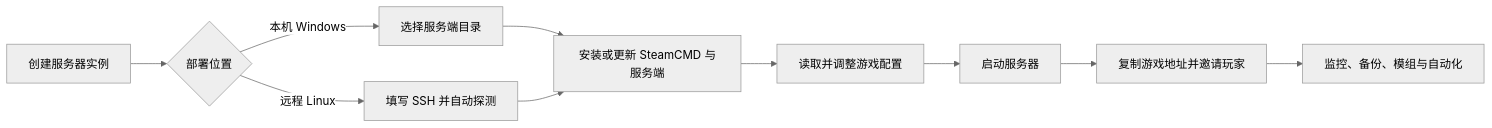
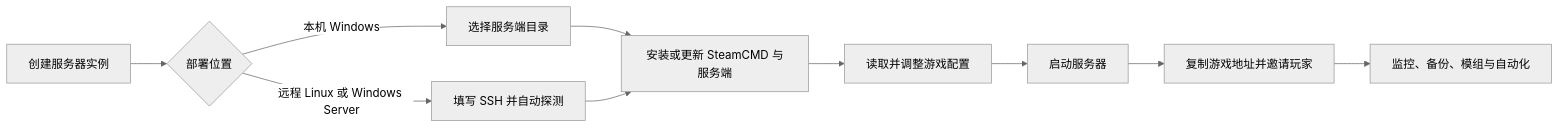
One commit to yibeixiaobai/palworld-one-click-server-tool changed the diagram in README.md. Above: the diagram before and after it, drawn with Mermaid (neutral theme). The commit also changed other lines of this file and 4 other files, not shown here.

First line of the commit message:
feat: Enhance Windows remote server lifecycle support

````diff
--- a/README.md
+++ b/README.md
@@ -31,12 +31,12 @@
 ```mermaid
 flowchart LR
     A[创建服务器实例] --> B{部署位置}
     B -->|本机 Windows| C[选择服务端目录]
-    B -->|远程 Linux| D[填写 SSH 并自动探测]
+    B -->|远程 Linux 或 Windows Server| D[填写 SSH 并自动探测]
     C --> E[安装或更新 SteamCMD 与服务端]
     D --> E
     E --> F[读取并调整游戏配置]
     F --> G[启动服务器]
     G --> H[复制游戏地址并邀请玩家]
     H --> I[监控、备份、模组与自动化]
 ```
````
